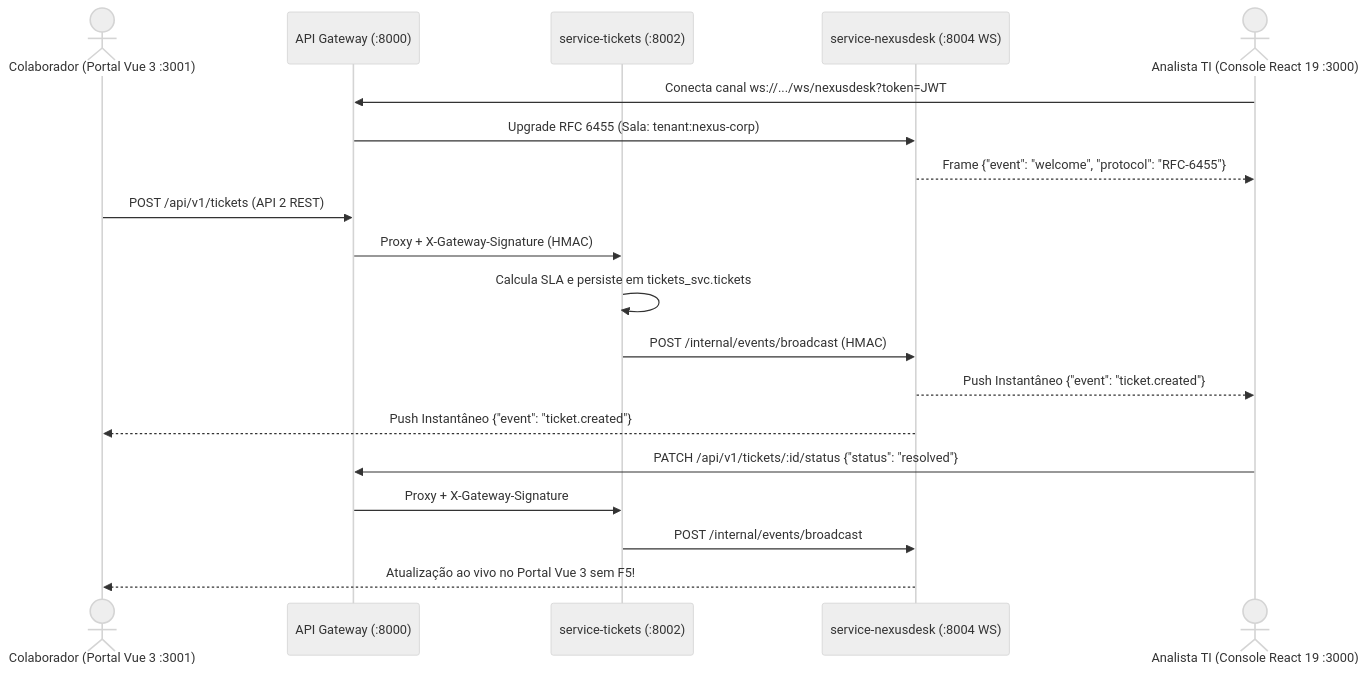
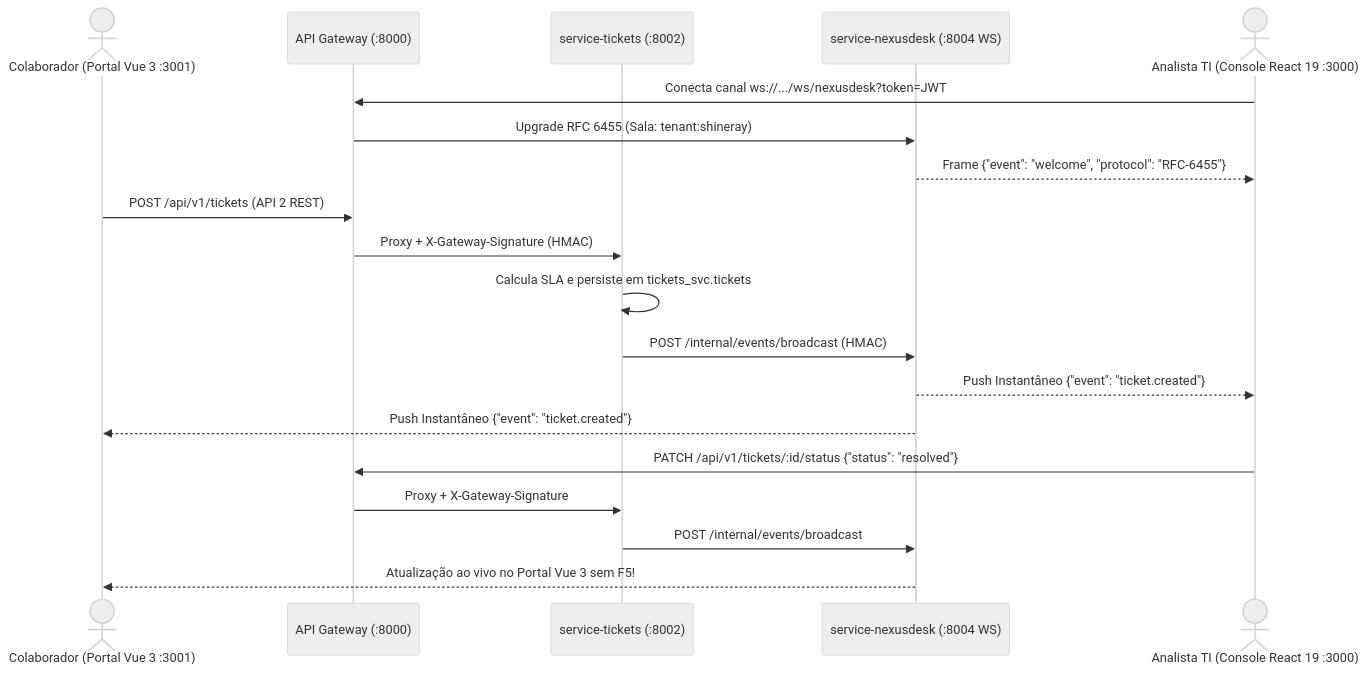
The second of 2 diagrams in ARQUITETURA_MICROSSERVICOS.md (DelcioFDNeto/nexus-itam), drawn with Mermaid (neutral theme) before and after one commit. The commit also changed other lines of this file and 24 other files, not shown here.

````diff
--- a/ARQUITETURA_MICROSSERVICOS.md
+++ b/ARQUITETURA_MICROSSERVICOS.md
@@ -82,24 +82,24 @@
 ```mermaid
 sequenceDiagram
     actor Colab as Colaborador (Portal Vue 3 :3001)
     participant GW as API Gateway (:8000)
     participant Tkt as service-tickets (:8002)
     participant WS as service-nexusdesk (:8004 WS)
     actor Admin as Analista TI (Console React 19 :3000)
 
     Admin->>GW: Conecta canal ws://.../ws/nexusdesk?token=JWT
-    GW->>WS: Upgrade RFC 6455 (Sala: tenant:nexus-corp)
+    GW->>WS: Upgrade RFC 6455 (Sala: tenant:shineray)
     WS-->>Admin: Frame {"event": "welcome", "protocol": "RFC-6455"}
 
     Colab->>GW: POST /api/v1/tickets (API 2 REST)
     GW->>Tkt: Proxy + X-Gateway-Signature (HMAC)
     Tkt->>Tkt: Calcula SLA e persiste em tickets_svc.tickets
     Tkt->>WS: POST /internal/events/broadcast (HMAC)
     WS-->>Admin: Push Instantâneo {"event": "ticket.created"}
     WS-->>Colab: Push Instantâneo {"event": "ticket.created"}
 
     Admin->>GW: PATCH /api/v1/tickets/:id/status {"status": "resolved"}
     GW->>Tkt: Proxy + X-Gateway-Signature
     Tkt->>WS: POST /internal/events/broadcast
     WS-->>Colab: Atualização ao vivo no Portal Vue 3 sem F5!
 ```
````
